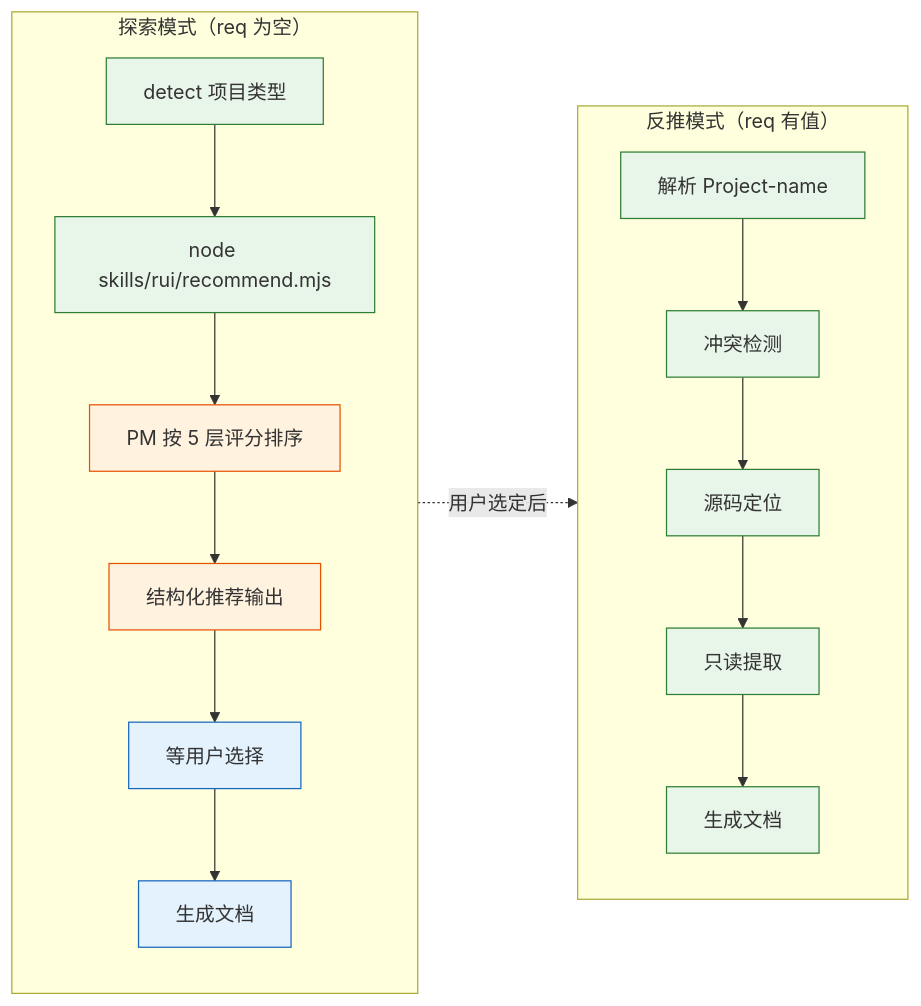
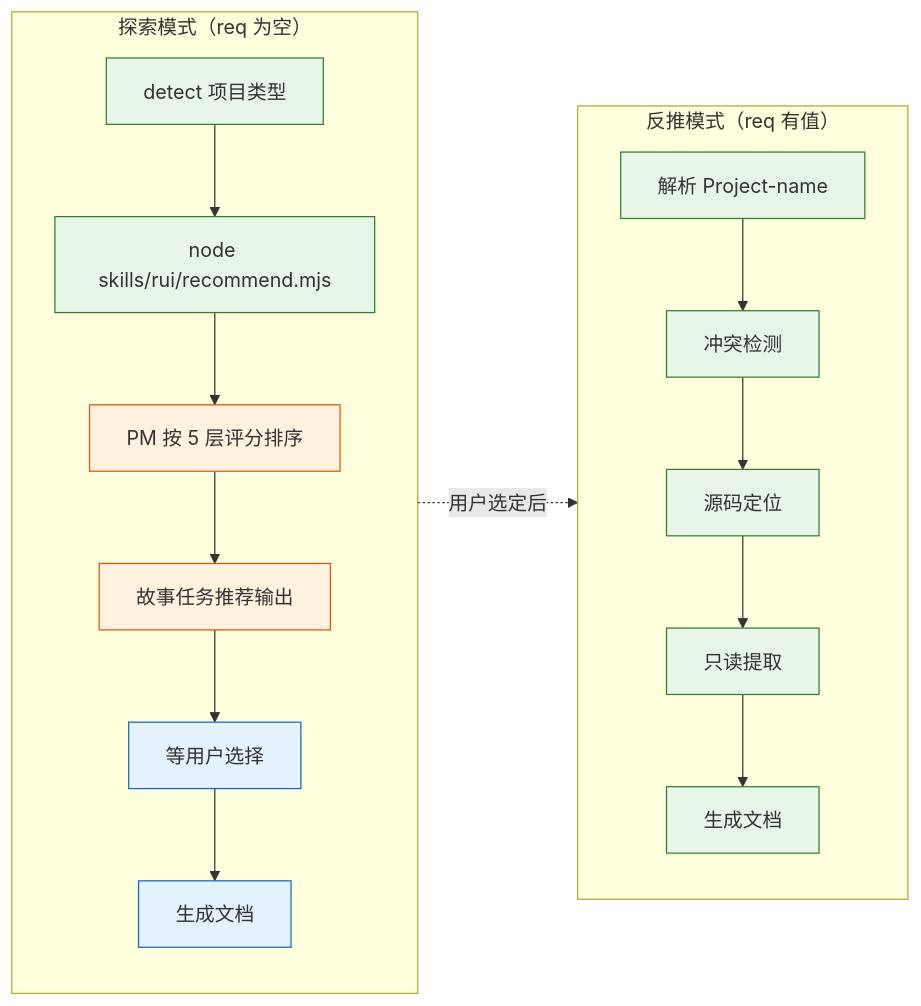
The fourth of 5 diagrams in agents/pm.md (effiy/YrY), drawn with Mermaid before and after one commit. The commit also changed other lines of this file and 5 other files, not shown here.

````diff
--- a/agents/pm.md
+++ b/agents/pm.md
@@ -97,22 +97,22 @@
 ```mermaid
 flowchart LR
     subgraph explore["探索模式（req 为空）"]
         E0["detect 项目类型"]:::tool --> E1["node skills/rui/recommend.mjs"]:::tool
         E1 --> E2["PM 按 5 层评分排序"]:::llm
-        E2 --> E3["结构化推荐输出"]:::llm
+        E2 --> E3["故事任务推荐输出"]:::llm
         E3 --> E4["等用户选择"]:::exp
         E4 --> E5["生成文档"]:::exp
     end
     subgraph direct["反推模式（req 有值）"]
         D1["解析 Project-name"]:::dir --> D2["冲突检测"]:::dir
         D2 --> D3["源码定位"]:::dir
         D3 --> D4["只读提取"]:::dir
         D4 --> D5["生成文档"]:::dir
     end
     explore -.->|"用户选定后"| direct
 
     classDef tool fill:#e8f5e9,stroke:#2e7d32;
     classDef llm fill:#fff3e0,stroke:#e65100;
     classDef exp fill:#e3f2fd,stroke:#1565c0;
     classDef dir fill:#e8f5e9,stroke:#2e7d32;
 ```
````
